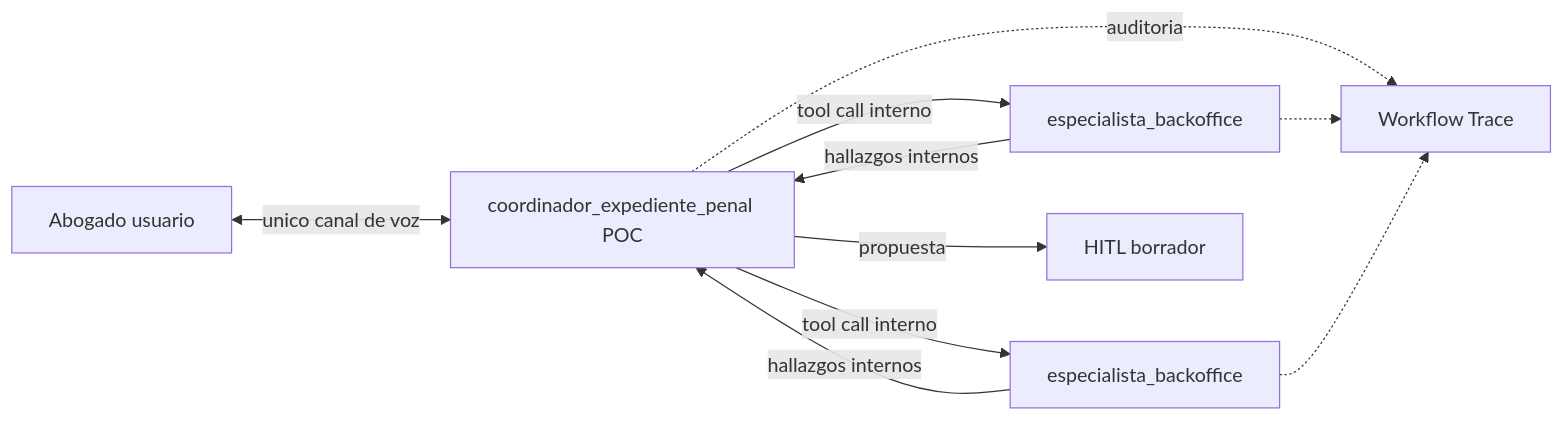
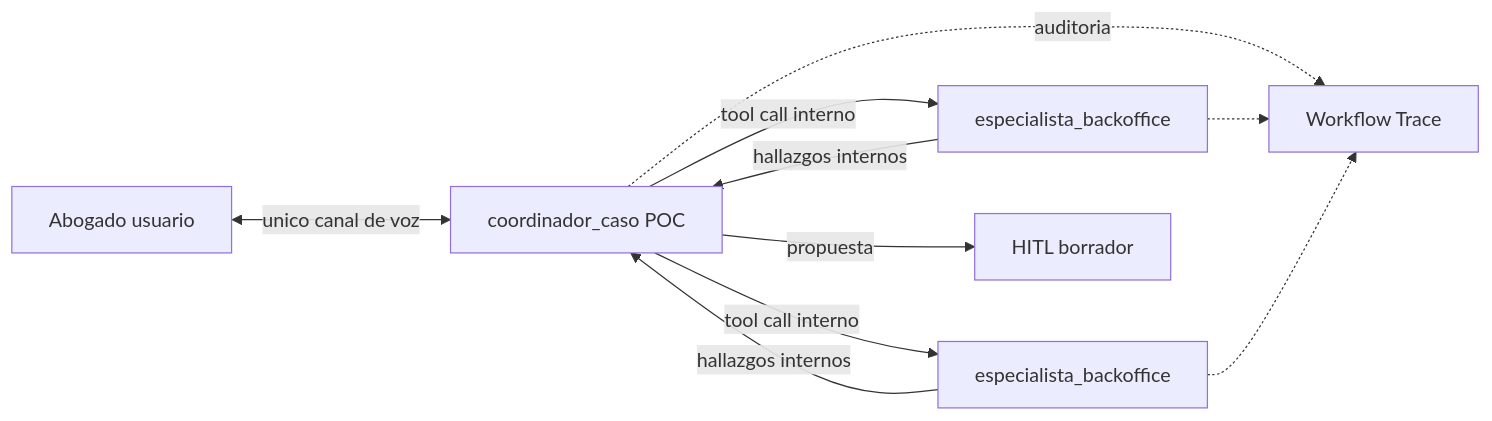
One commit to rdebiasec/agente-de-ia-juridico changed the diagram in docs/canon/plan-rediseno-firma.md. Above: the diagram before and after it, drawn with Mermaid. The commit also changed other lines of this file and 342 other files, not shown here.

````diff
--- a/docs/canon/plan-rediseno-firma.md
+++ b/docs/canon/plan-rediseno-firma.md
@@ -32,19 +32,19 @@
 ```mermaid
 flowchart LR
   User[Abogado usuario]
-  POC[coordinador_expediente_penal POC]
+  POC[coordinador_caso POC]
   SpecA[especialista_backoffice]
   SpecB[especialista_backoffice]
   HITL[HITL borrador]
   Trace[Workflow Trace]
 
   User <-->|unico canal de voz| POC
   POC -->|tool call interno| SpecA
   POC -->|tool call interno| SpecB
   SpecA -->|hallazgos internos| POC
   SpecB -->|hallazgos internos| POC
   POC -->|propuesta| HITL
   POC -.->|auditoria| Trace
   SpecA -.-> Trace
   SpecB -.-> Trace
 ```
````
